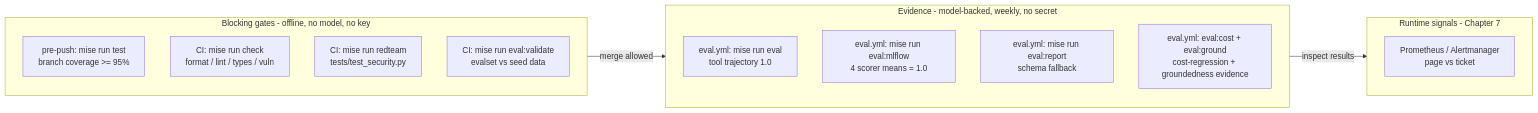
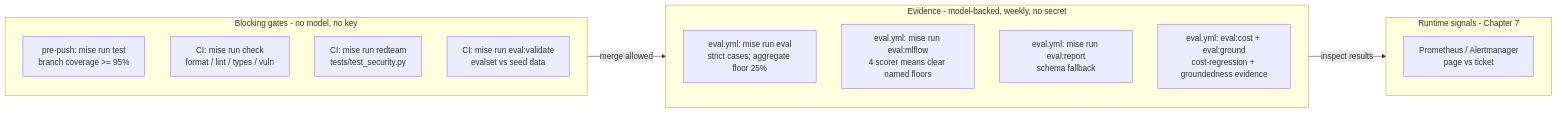
Before and after one commit to LuiGGi629/agentops-open-course: the first of 2 diagrams in docs/4. Quality/4.3. Metrics.md, drawn with Mermaid. The commit also changed other lines of this file and 121 other files, not shown here.

````diff
--- a/docs/4. Quality/4.3. Metrics.md
+++ b/docs/4. Quality/4.3. Metrics.md
@@ -45,23 +45,23 @@
 ```mermaid
 flowchart LR
-    subgraph gates["Blocking gates - offline, no model, no key"]
+    subgraph gates["Blocking gates - no model, no key"]
         direction TB
         A["pre-push: mise run test<br/>branch coverage >= 95%"]
         B["CI: mise run check<br/>format / lint / types / vuln"]
         C["CI: mise run redteam<br/>tests/test_security.py"]
         D["CI: mise run eval:validate<br/>evalset vs seed data"]
     end
     subgraph evidence["Evidence - model-backed, weekly, no secret"]
         direction TB
-        E["eval.yml: mise run eval<br/>tool trajectory 1.0"]
-        F["eval.yml: mise run eval:mlflow<br/>4 scorer means = 1.0"]
+        E["eval.yml: mise run eval<br/>strict cases; aggregate floor 25%"]
+        F["eval.yml: mise run eval:mlflow<br/>4 scorer means clear named floors"]
         G["eval.yml: mise run eval:report<br/>schema fallback"]
         I["eval.yml: eval:cost + eval:ground<br/>cost-regression + groundedness evidence"]
     end
     subgraph runtime["Runtime signals - Chapter 7"]
         direction TB
         H["Prometheus / Alertmanager<br/>page vs ticket"]
     end
     gates -->|merge allowed| evidence
     evidence -->|inspect results| runtime
 ```
````
